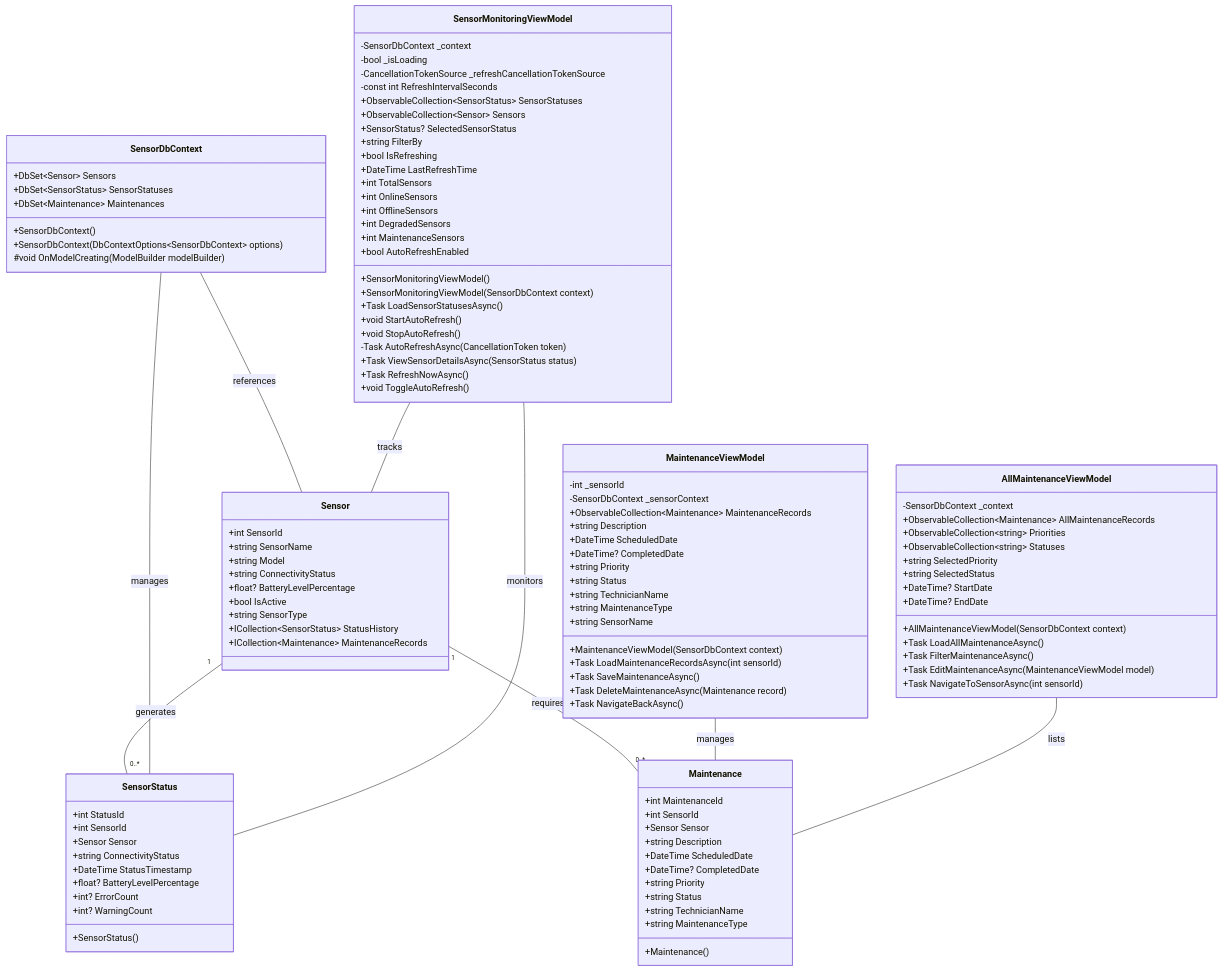
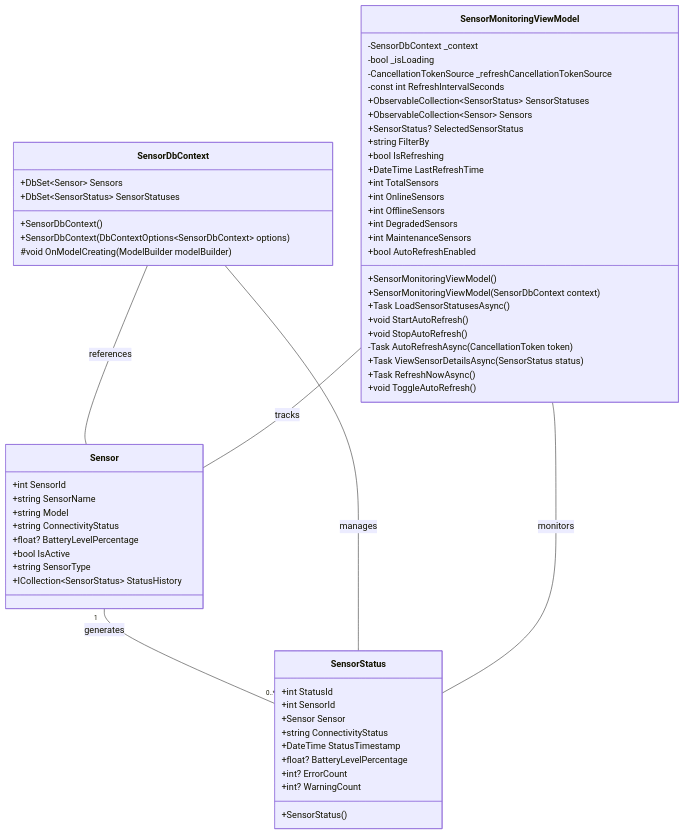
The diagram in docs/sensorMonitoringClassDiagram.md (40626785/Environment-Manager), drawn with Mermaid before and after one commit. The commit also changed 1 other file, not shown here.

Commit message:
Remove maintenance-related components from sensor monitoring diagrams

````diff
--- a/docs/sensorMonitoringClassDiagram.md
+++ b/docs/sensorMonitoringClassDiagram.md
@@ -1,13 +1,10 @@
 ```mermaid
 classDiagram
     Sensor "1" -- "0..*" SensorStatus : generates
-    Sensor "1" -- "0..*" Maintenance : requires
     SensorDbContext -- SensorStatus : manages
     SensorDbContext -- Sensor : references
     SensorMonitoringViewModel -- SensorStatus : monitors
     SensorMonitoringViewModel -- Sensor : tracks
-    MaintenanceViewModel -- Maintenance : manages
-    AllMaintenanceViewModel -- Maintenance : lists
     
     class Sensor {
         +int SensorId
@@ -18,7 +15,6 @@
         +bool IsActive
         +string SensorType
         +ICollection~SensorStatus~ StatusHistory
-        +ICollection~Maintenance~ MaintenanceRecords
     }
     
     class SensorStatus {
@@ -33,24 +29,9 @@
         +SensorStatus()
     }
     
-    class Maintenance {
-        +int MaintenanceId
-        +int SensorId
-        +Sensor Sensor
-        +string Description
-        +DateTime ScheduledDate
-        +DateTime? CompletedDate
-        +string Priority
-        +string Status
-        +string TechnicianName
-        +string MaintenanceType
-        +Maintenance()
-    }
-    
     class SensorDbContext {
         +DbSet~Sensor~ Sensors
         +DbSet~SensorStatus~ SensorStatuses
-        +DbSet~Maintenance~ Maintenances
         +SensorDbContext()
         +SensorDbContext(DbContextOptions~SensorDbContext~ options)
         #void OnModelCreating(ModelBuilder modelBuilder)
@@ -83,39 +64,4 @@
         +Task RefreshNowAsync()
         +void ToggleAutoRefresh()
     }
-    
-    class MaintenanceViewModel {
-        -int _sensorId
-        -SensorDbContext _sensorContext
-        +ObservableCollection~Maintenance~ MaintenanceRecords
-        +string Description
-        +DateTime ScheduledDate
-        +DateTime? CompletedDate
-        +string Priority
-        +string Status
-        +string TechnicianName
-        +string MaintenanceType
-        +string SensorName
-        +MaintenanceViewModel(SensorDbContext context)
-        +Task LoadMaintenanceRecordsAsync(int sensorId)
-        +Task SaveMaintenanceAsync()
-        +Task DeleteMaintenanceAsync(Maintenance record)
-        +Task NavigateBackAsync()
-    }
-    
-    class AllMaintenanceViewModel {
-        -SensorDbContext _context
-        +ObservableCollection~Maintenance~ AllMaintenanceRecords
-        +ObservableCollection~string~ Priorities
-        +ObservableCollection~string~ Statuses
-        +string SelectedPriority
-        +string SelectedStatus
-        +DateTime? StartDate
-        +DateTime? EndDate
-        +AllMaintenanceViewModel(SensorDbContext context)
-        +Task LoadAllMaintenanceAsync()
-        +Task FilterMaintenanceAsync()
-        +Task EditMaintenanceAsync(MaintenanceViewModel model)
-        +Task NavigateToSensorAsync(int sensorId)
-    }
 ``` 
````
